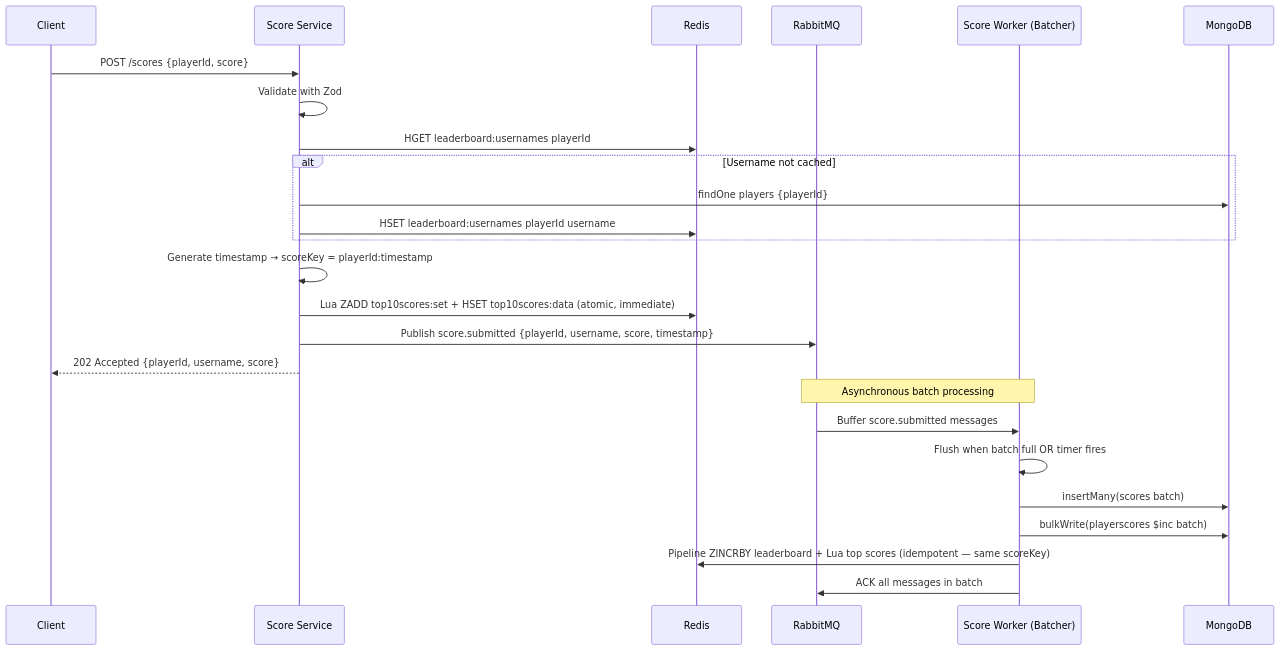
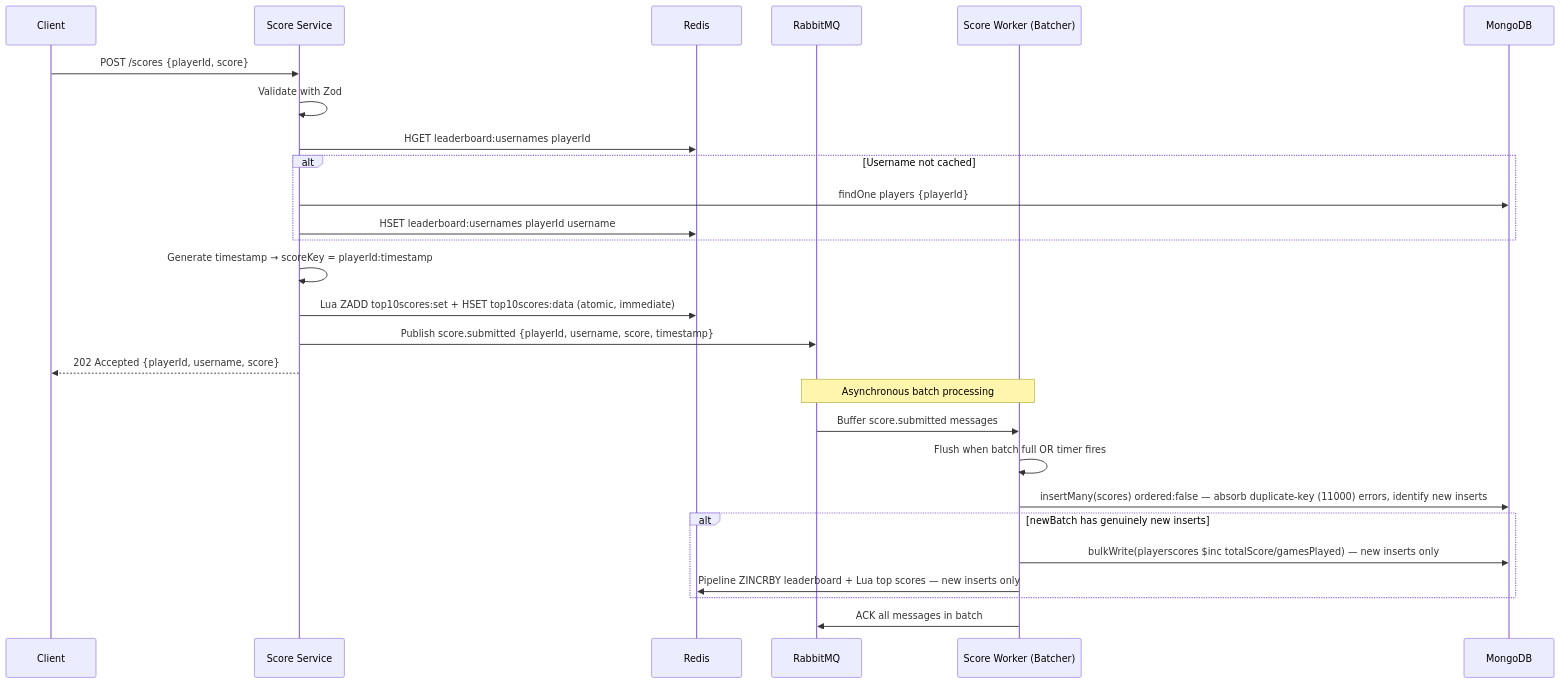
The second of 10 diagrams in docs/architecture.md (AmitOfir4/Whalo-Backend-Exam), drawn with Mermaid before and after one commit. The commit also changed other lines of this file and 4 other files, not shown here.

````diff
--- a/docs/architecture.md
+++ b/docs/architecture.md
@@ -55,30 +55,32 @@
 ```mermaid
 sequenceDiagram
     participant C as Client
     participant SS as Score Service
     participant Redis as Redis
     participant RMQ as RabbitMQ
     participant SW as Score Worker (Batcher)
     participant DB as MongoDB
 
     C->>SS: POST /scores {playerId, score}
     SS->>SS: Validate with Zod
     SS->>Redis: HGET leaderboard:usernames playerId
     alt Username not cached
         SS->>DB: findOne players {playerId}
         SS->>Redis: HSET leaderboard:usernames playerId username
     end
     SS->>SS: Generate timestamp → scoreKey = playerId:timestamp
     SS->>Redis: Lua ZADD top10scores:set + HSET top10scores:data (atomic, immediate)
     SS->>RMQ: Publish score.submitted {playerId, username, score, timestamp}
     SS-->>C: 202 Accepted {playerId, username, score}
 
     Note over RMQ,SW: Asynchronous batch processing
 
     RMQ->>SW: Buffer score.submitted messages
     SW->>SW: Flush when batch full OR timer fires
-    SW->>DB: insertMany(scores batch)
-    SW->>DB: bulkWrite(playerscores $inc batch)
-    SW->>Redis: Pipeline ZINCRBY leaderboard + Lua top scores (idempotent — same scoreKey)
+    SW->>DB: insertMany(scores) ordered:false — absorb duplicate-key (11000) errors, identify new inserts
+    alt newBatch has genuinely new inserts
+        SW->>DB: bulkWrite(playerscores $inc totalScore/gamesPlayed) — new inserts only
+        SW->>Redis: Pipeline ZINCRBY leaderboard + Lua top scores — new inserts only
+    end
     SW->>RMQ: ACK all messages in batch
 ```
````
